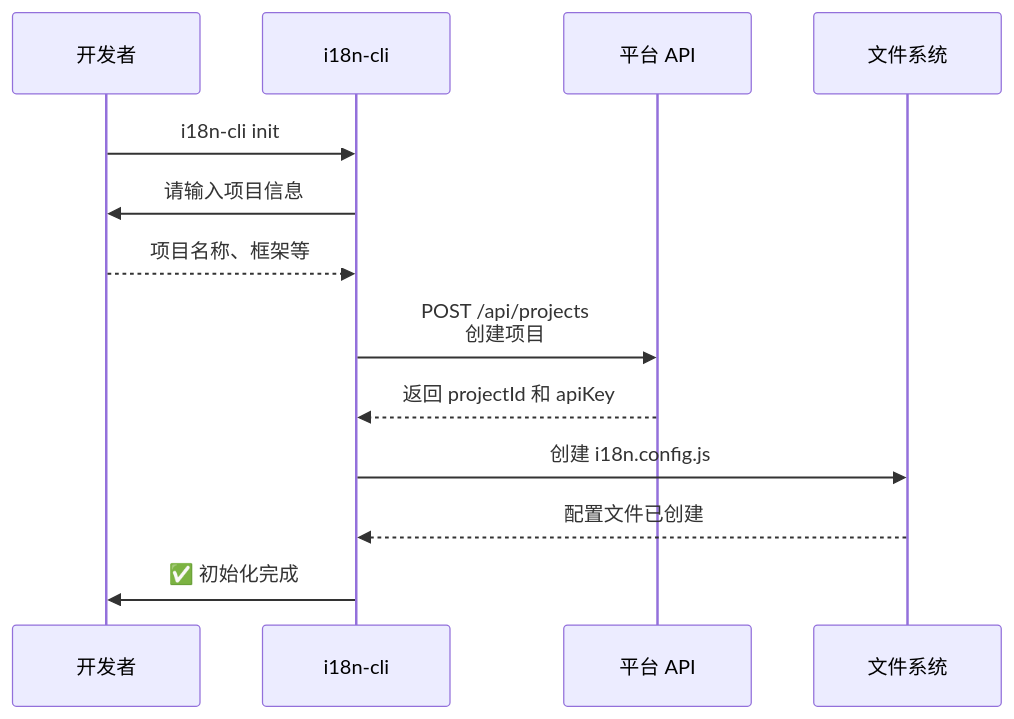
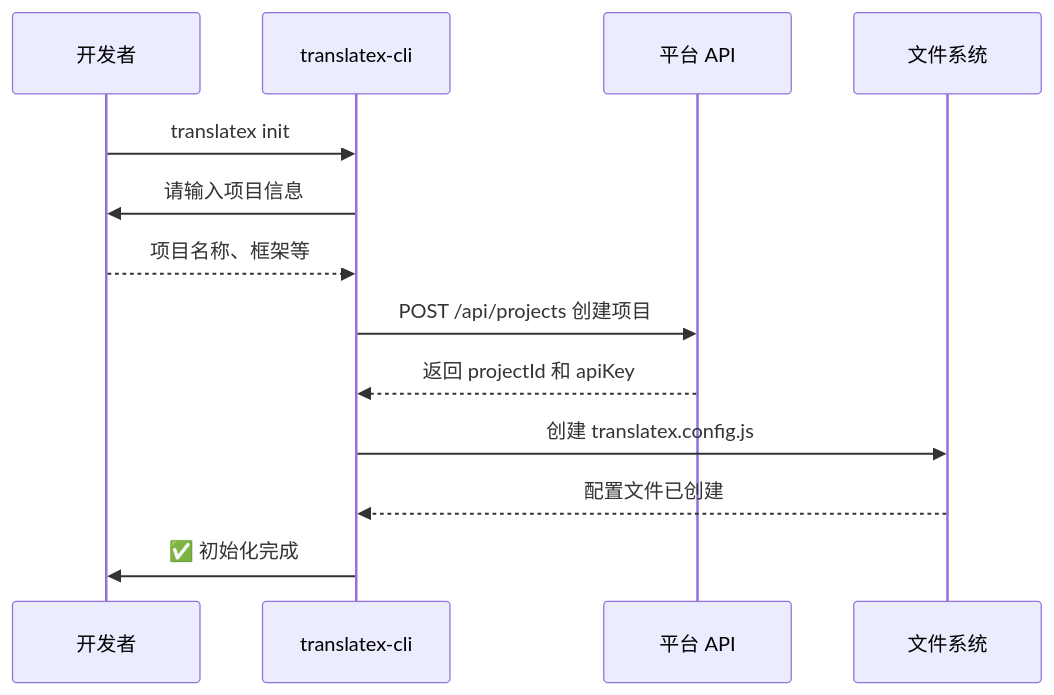
One commit to zhaotoday/translatex changed the second of 19 diagrams in workflows-diagrams.md. Above: the diagram before and after it, drawn with Mermaid. The commit also changed other lines of this file and 5 other files, not shown here.

````diff
--- a/workflows-diagrams.md
+++ b/workflows-diagrams.md
@@ -53,16 +47,16 @@
 ```mermaid
 sequenceDiagram
     participant Dev as 开发者
-    participant CLI as i18n-cli
+    participant CLI as translatex-cli
     participant API as 平台 API
     participant FS as 文件系统
     
-    Dev->>CLI: i18n-cli init
+    Dev->>CLI: translatex init
     CLI->>Dev: 请输入项目信息
     Dev-->>CLI: 项目名称、框架等
-    CLI->>API: POST /api/projects<br/>创建项目
+    CLI->>API: POST /api/projects 创建项目
     API-->>CLI: 返回 projectId 和 apiKey
-    CLI->>FS: 创建 i18n.config.js
+    CLI->>FS: 创建 translatex.config.js
     FS-->>CLI: 配置文件已创建
     CLI->>Dev: ✅ 初始化完成
 ```
````
